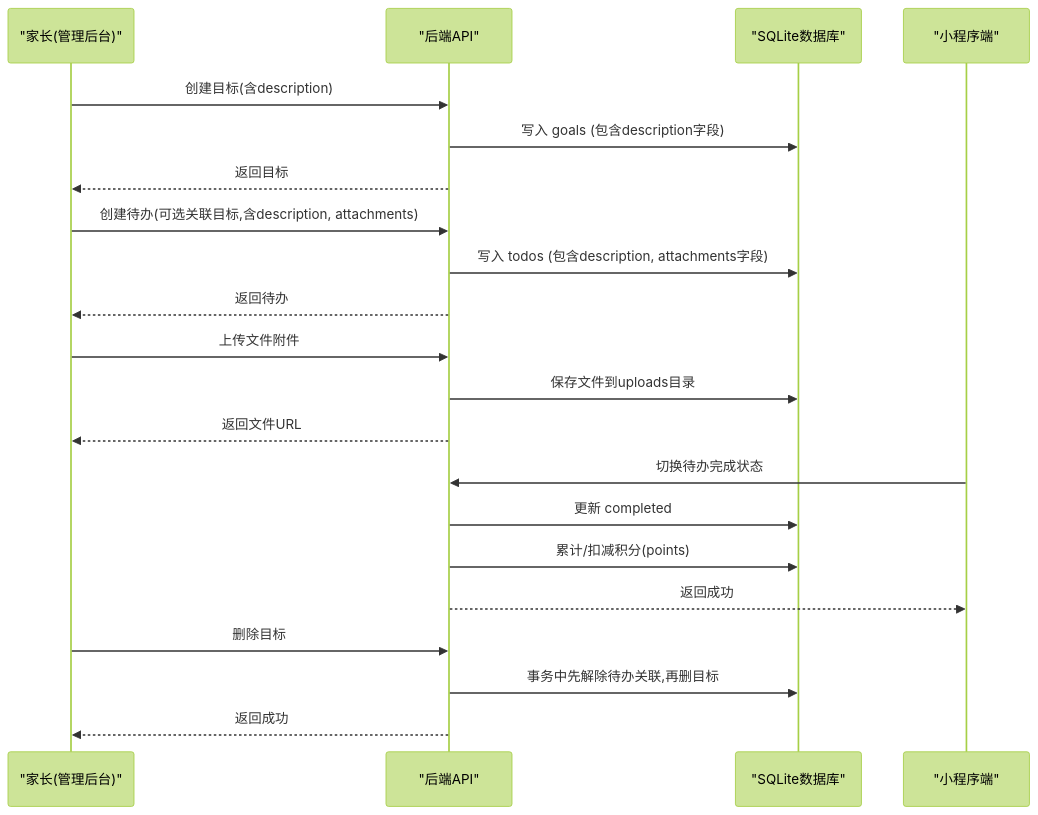
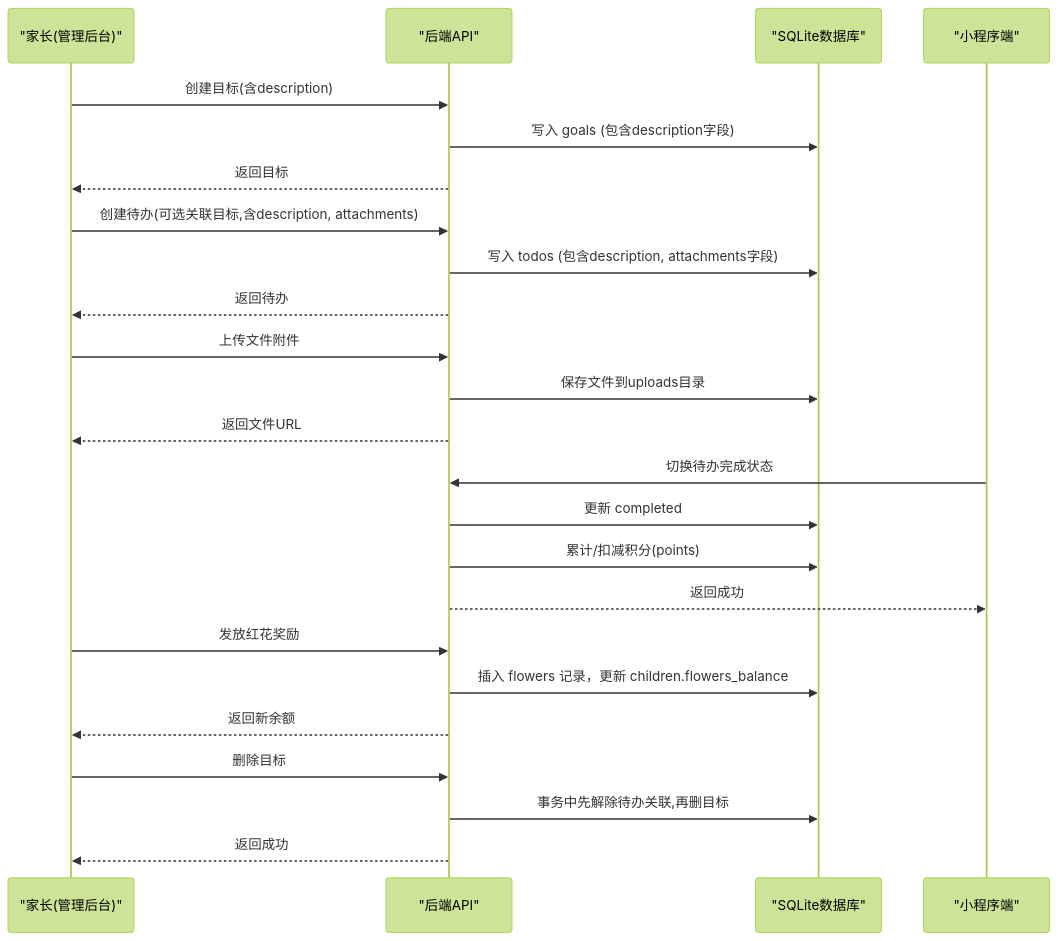
Before and after one commit to dawny123123/StarParadise: the first of 3 diagrams in .qoder/repowiki/zh/content/功能模块说明/目标管理需求实现SOP.md, drawn with Mermaid (forest theme). The commit also changed other lines of this file and 71 other files, not shown here.

````diff
--- a/.qoder/repowiki/zh/content/功能模块说明/目标管理需求实现SOP.md
+++ b/.qoder/repowiki/zh/content/功能模块说明/目标管理需求实现SOP.md
@@ -39,23 +44,26 @@
 ```mermaid
 sequenceDiagram
 participant Parent as "家长(管理后台)"
 participant API as "后端API"
 participant DB as "SQLite数据库"
 participant Child as "小程序端"
 Parent->>API : 创建目标(含description)
 API->>DB : 写入 goals (包含description字段)
 API-->>Parent : 返回目标
 Parent->>API : 创建待办(可选关联目标,含description, attachments)
 API->>DB : 写入 todos (包含description, attachments字段)
 API-->>Parent : 返回待办
 Parent->>API : 上传文件附件
 API->>DB : 保存文件到uploads目录
 API-->>Parent : 返回文件URL
 Child->>API : 切换待办完成状态
 API->>DB : 更新 completed
 API->>DB : 累计/扣减积分(points)
 API-->>Child : 返回成功
+Parent->>API : 发放红花奖励
+API->>DB : 插入 flowers 记录，更新 children.flowers_balance
+API-->>Parent : 返回新余额
 Parent->>API : 删除目标
 API->>DB : 事务中先解除待办关联,再删目标
 API-->>Parent : 返回成功
 ```
````
